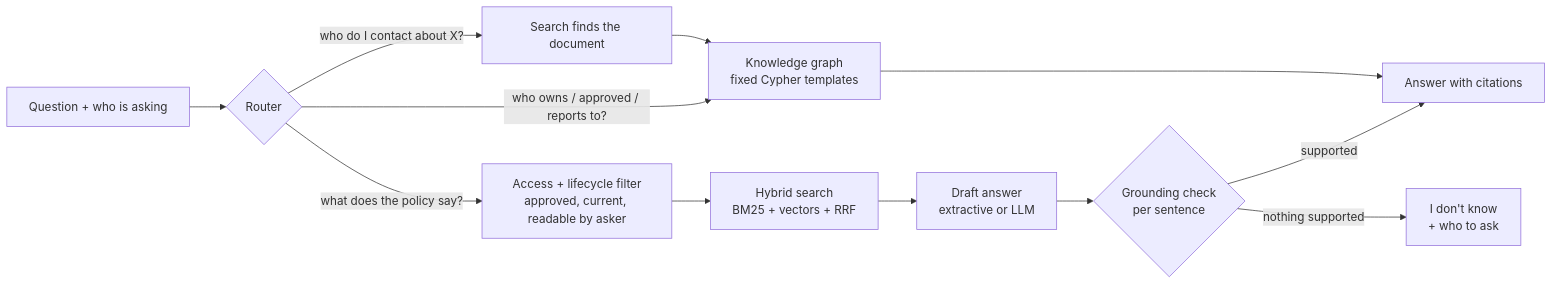
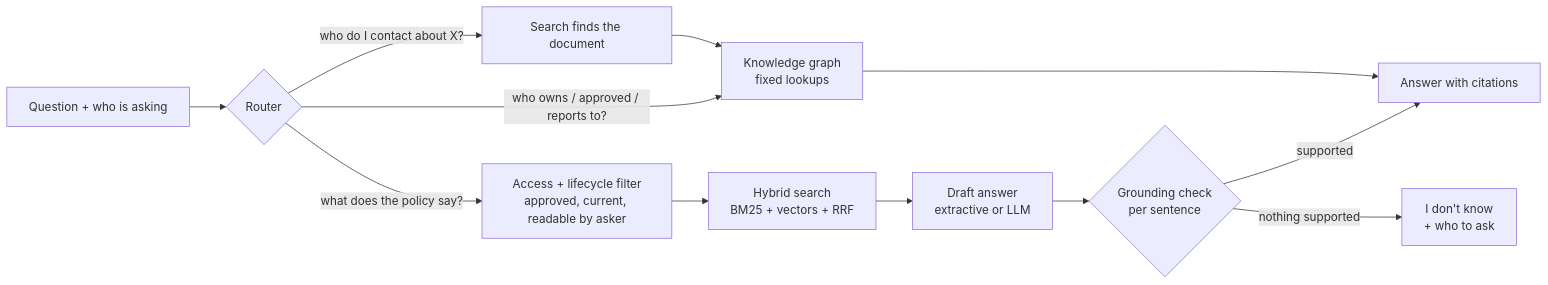
The diagram in README.md (Dharani-ch3/grounded-rag-assistant), drawn with Mermaid before and after one commit. The commit also changed other lines of this file and 17 other files, not shown here.

First line of the commit message:
Remove Neo4j: keep the knowledge graph built in

````diff
--- a/README.md
+++ b/README.md
@@ -36,13 +36,13 @@
 ```mermaid
 flowchart LR
     Q[Question + who is asking] --> R{Router}
     R -- "what does the policy say?" --> F[Access + lifecycle filter<br/>approved, current, readable by asker]
     F --> S[Hybrid search<br/>BM25 + vectors + RRF]
     S --> A[Draft answer<br/>extractive or LLM]
     A --> V{Grounding check<br/>per sentence}
     V -- supported --> OUT[Answer with citations]
     V -- nothing supported --> AB[I don't know<br/>+ who to ask]
-    R -- "who owns / approved / reports to?" --> G[Knowledge graph<br/>fixed Cypher templates]
+    R -- "who owns / approved / reports to?" --> G[Knowledge graph<br/>fixed lookups]
     R -- "who do I contact about X?" --> S2[Search finds the document] --> G
     G --> OUT
 ```
````
